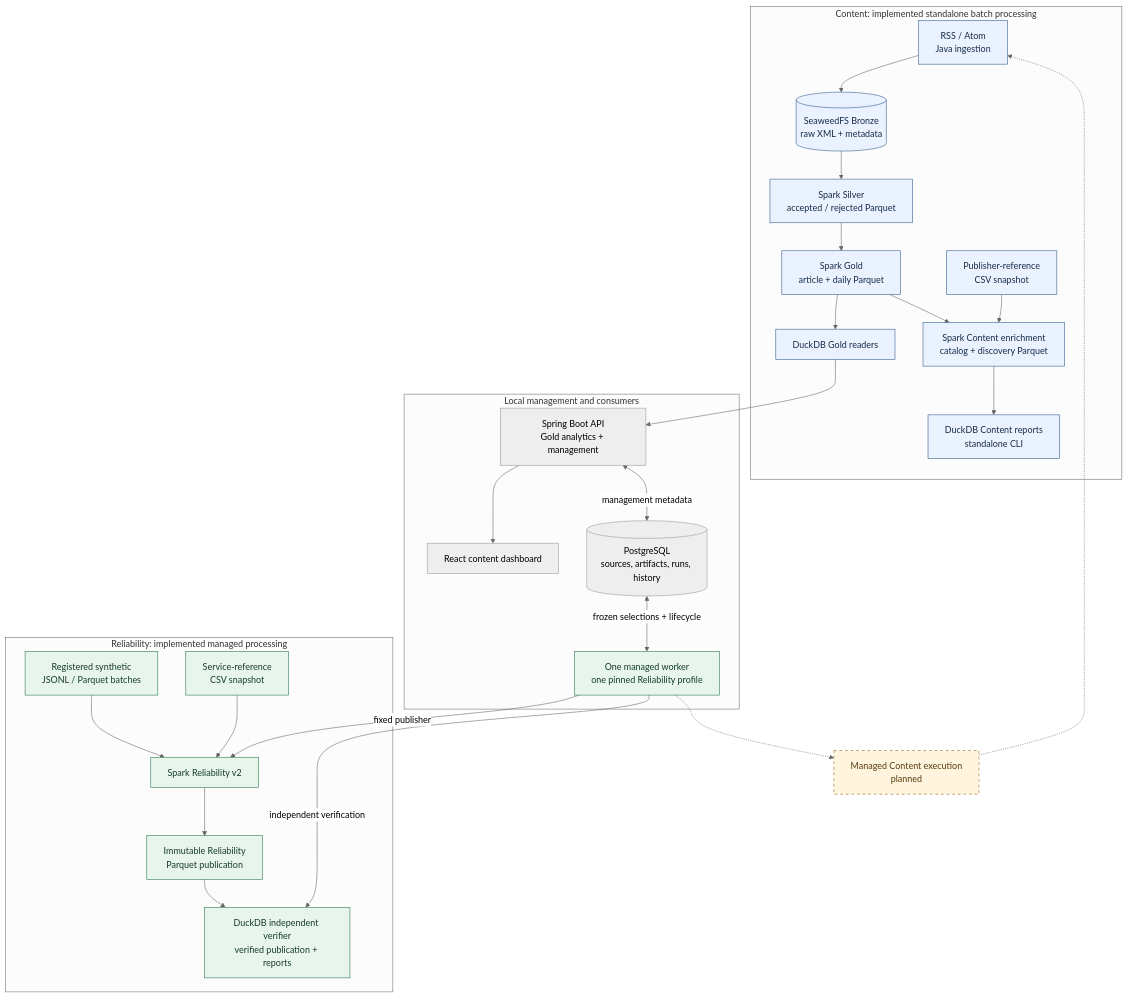
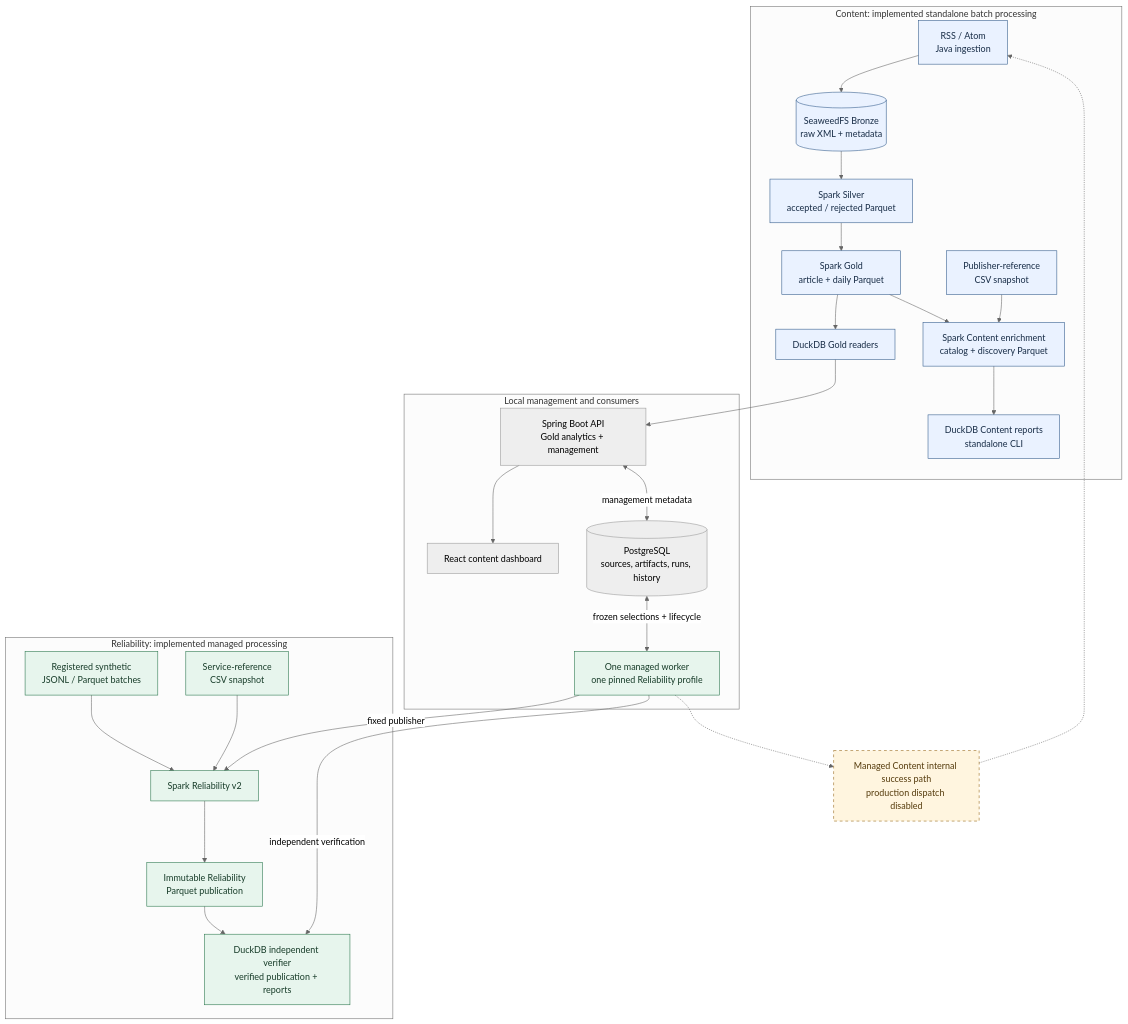
The diagram in README.md (saurabh-tayade/distributed-data-intelligence-platform), drawn with Mermaid (neutral theme) before and after one commit. The commit also changed other lines of this file and 21 other files, not shown here.

Commit message:
add managed Content publication and finalization

````diff
--- a/README.md
+++ b/README.md
@@ -40,38 +40,38 @@
 ```mermaid
 flowchart TB
     subgraph CONTENT["Content: implemented standalone batch processing"]
         feeds["RSS / Atom<br/>Java ingestion"] --> bronze[("SeaweedFS Bronze<br/>raw XML + metadata")]
         bronze --> silver["Spark Silver<br/>accepted / rejected Parquet"]
         silver --> gold["Spark Gold<br/>article + daily Parquet"]
         gold --> goldSQL["DuckDB Gold readers"]
         gold --> enrich["Spark Content enrichment<br/>catalog + discovery Parquet"]
         publisher["Publisher-reference<br/>CSV snapshot"] --> enrich
         enrich --> contentSQL["DuckDB Content reports<br/>standalone CLI"]
     end
 
     subgraph RELIABILITY["Reliability: implemented managed processing"]
         batches["Registered synthetic<br/>JSONL / Parquet batches"] --> spark["Spark Reliability v2"]
         service["Service-reference<br/>CSV snapshot"] --> spark
         spark --> publication["Immutable Reliability<br/>Parquet publication"]
         publication --> reliabilitySQL["DuckDB independent verifier<br/>verified publication + reports"]
     end
 
     subgraph CONTROL["Local management and consumers"]
         api["Spring Boot API<br/>Gold analytics + management"] --> react["React content dashboard"]
         api <-->|"management metadata"| postgres[("PostgreSQL<br/>sources, artifacts, runs, history")]
         postgres <-->|"frozen selections + lifecycle"| worker["One managed worker<br/>one pinned Reliability profile"]
     end
 
     goldSQL --> api
     worker -->|"fixed publisher"| spark
     worker -->|"independent verification"| reliabilitySQL
-    worker -.-> managedContent["Managed Content execution<br/>planned"]
+    worker -.-> managedContent["Managed Content internal success path<br/>production dispatch disabled"]
     managedContent -.-> feeds
 
     classDef standalone fill:#eaf2ff,stroke:#315a8a,color:#172c46;
     classDef managed fill:#e7f5ed,stroke:#28754b,color:#173c29;
     classDef planned fill:#fff5df,stroke:#936413,color:#553b0c,stroke-dasharray:5 5;
     class feeds,bronze,silver,gold,enrich,publisher,goldSQL,contentSQL standalone;
     class batches,service,spark,publication,reliabilitySQL,worker managed;
     class managedContent planned;
 ```
````
